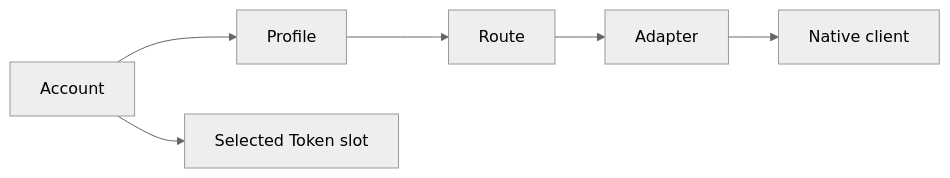
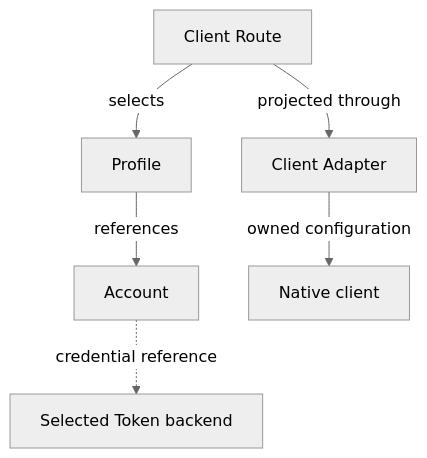
One commit to HengYangDS/aigw-cli changed the diagram in docs/concepts/product-concepts.md. Above: the diagram before and after it, drawn with Mermaid (neutral theme). The commit also changed other lines of this file and 526 other files, not shown here.

````diff
--- a/docs/concepts/product-concepts.md
+++ b/docs/concepts/product-concepts.md
@@ -5,8 +6,10 @@
 ```mermaid
-flowchart LR
-    A["Account"] --> P["Profile"]
-    P --> R["Route"]
-    R --> D["Adapter"]
-    A --> K["Selected Token slot"]
-    D --> C["Native client"]
+flowchart TB
+    accTitle: References among the four configuration entities
+    accDescr: A client Route selects a Profile, which names an Account. An Adapter projects the selected configuration into its native client. Account Tokens remain in a separate backend.
+    R["Client Route"] -->|selects| P["Profile"]
+    P -->|references| A["Account"]
+    A -. credential reference .-> K["Selected Token backend"]
+    R -->|projected through| D["Client Adapter"]
+    D -->|owned configuration| C["Native client"]
 ```
````
